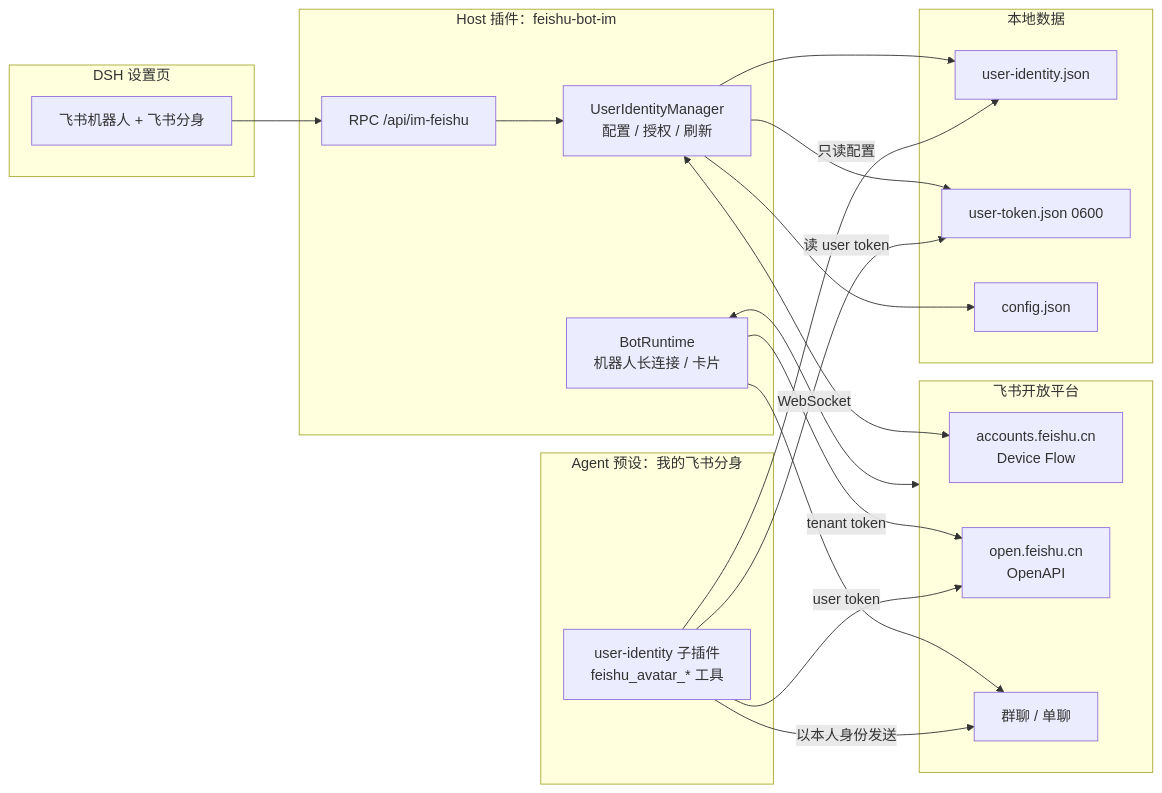
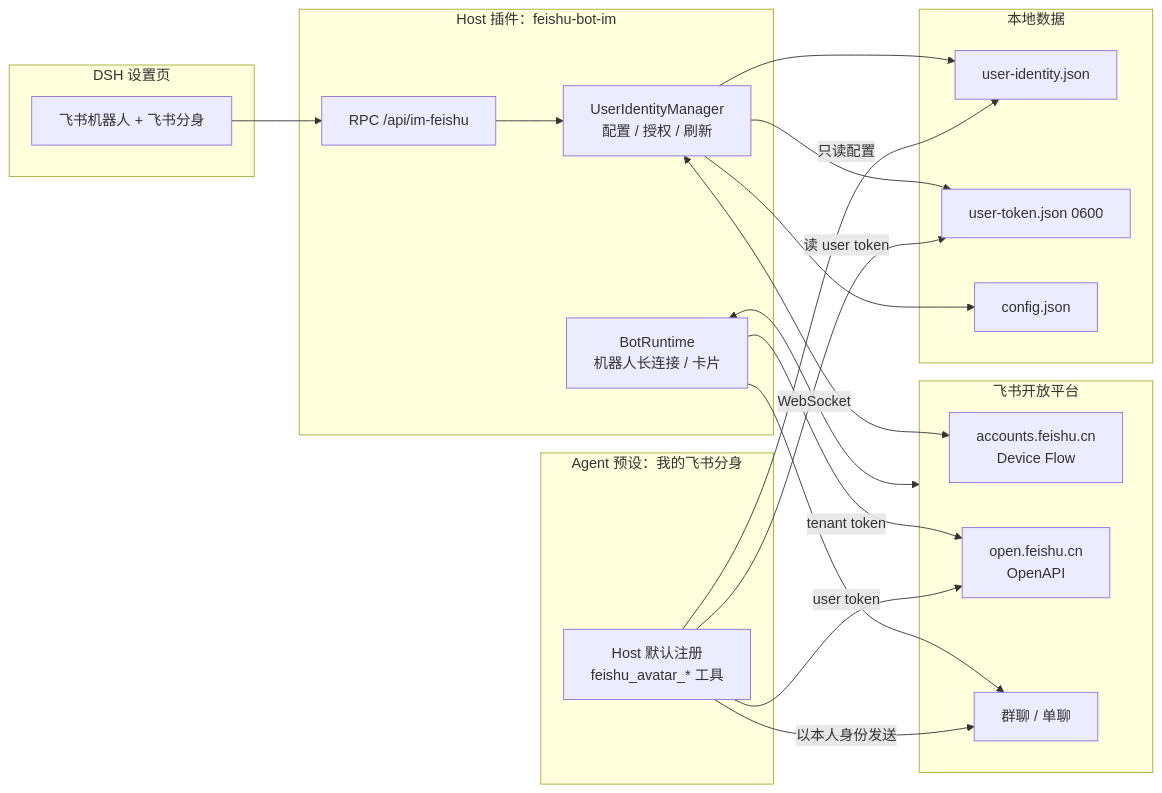
One commit to czwjss/feishu-bot-im changed the first of 2 diagrams in docs/user-identity-architecture.md. Above: the diagram before and after it, drawn with Mermaid. The commit also changed other lines of this file and 9 other files, not shown here.

````diff
--- a/docs/user-identity-architecture.md
+++ b/docs/user-identity-architecture.md
@@ -130,44 +130,44 @@
 ```mermaid
 flowchart LR
   subgraph Feishu[飞书开放平台]
     OAuth[accounts.feishu.cn\nDevice Flow]
     OpenAPI[open.feishu.cn\nOpenAPI]
     Chat[群聊 / 单聊]
   end
 
   subgraph Host[Host 插件：feishu-bot-im]
     Bot[BotRuntime\n机器人长连接 / 卡片]
     UIM[UserIdentityManager\n配置 / 授权 / 刷新]
     RPC[RPC /api/im-feishu]
   end
 
   subgraph UI[DSH 设置页]
     Settings[飞书机器人 + 飞书分身]
   end
 
   subgraph Preset[Agent 预设：我的飞书分身]
-    Tools[user-identity 子插件\nfeishu_avatar_* 工具]
+    Tools[Host 默认注册\nfeishu_avatar_* 工具]
   end
 
   subgraph Files[本地数据]
     Cfg[user-identity.json]
     Token[user-token.json 0600]
     BotCfg[config.json]
   end
 
   Settings --> RPC
   RPC --> UIM
   UIM --> Cfg
   UIM --> Token
   UIM --> BotCfg
   UIM <--> OAuth
 
   Bot <-->|WebSocket| Feishu
   Bot -->|tenant token| OpenAPI
   Bot --> Chat
 
   Tools -->|读 user token| Token
   Tools -->|user token| OpenAPI
   Tools -->|以本人身份发送| Chat
   Tools -->|只读配置| Cfg
 ```
````
